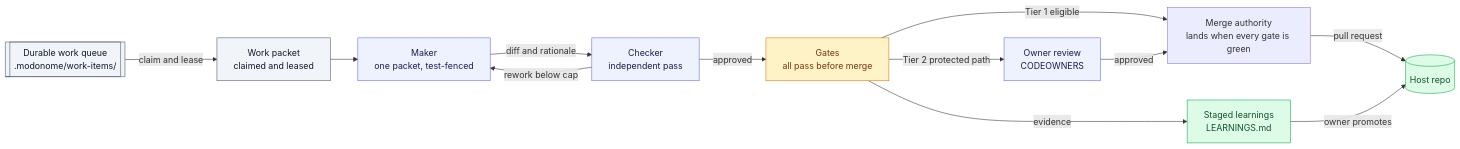
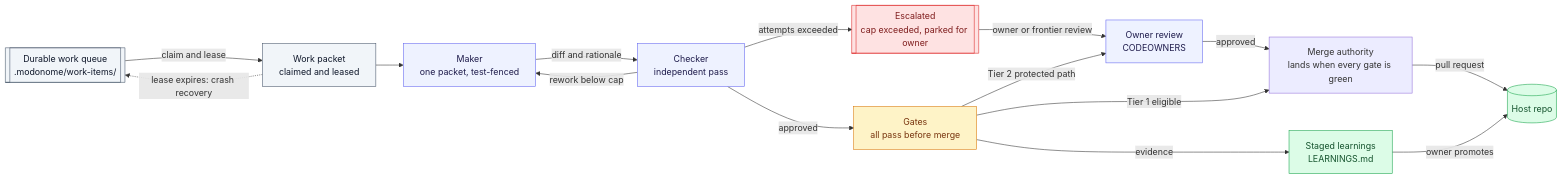
One commit to nateshpp/modonome changed the second of 6 diagrams in ARCHITECTURE.md. Above: the diagram before and after it, drawn with Mermaid. The commit also changed other lines of this file and 21 other files, not shown here.

````diff
--- a/ARCHITECTURE.md
+++ b/ARCHITECTURE.md
@@ -122,34 +135,40 @@
 ```mermaid
 flowchart LR
   classDef queue fill:#f1f5f9,stroke:#475569,color:#0f172a;
   classDef role fill:#eef2ff,stroke:#6366f1,color:#1e1b4b;
   classDef gate fill:#fef3c7,stroke:#d97706,color:#78350f;
   classDef sink fill:#dcfce7,stroke:#16a34a,color:#14532d;
+  classDef stop fill:#fee2e2,stroke:#dc2626,color:#7f1d1d;
 
   queue[["Durable work queue<br/>.modonome/work-items/"]]
   packet["Work packet<br/>claimed and leased"]
   maker["Maker<br/>one packet, test-fenced"]
   checker["Checker<br/>independent pass"]
   gates["Gates<br/>all pass before merge"]
   owner["Owner review<br/>CODEOWNERS"]
   merge["Merge authority<br/>lands when every gate is green"]
   repo[("Host repo")]
   learn["Staged learnings<br/>LEARNINGS.md"]
+  escalated[["Escalated<br/>cap exceeded, parked for owner"]]
 
   queue -->|claim and lease| packet
   packet --> maker
+  packet -.->|lease expires: crash recovery| queue
   maker -->|diff and rationale| checker
   checker -->|rework below cap| maker
+  checker -->|attempts exceeded| escalated
   checker -->|approved| gates
   gates -->|Tier 2 protected path| owner
   gates -->|Tier 1 eligible| merge
   owner -->|approved| merge
+  escalated -->|owner or frontier review| owner
   merge -->|pull request| repo
   gates -->|evidence| learn
   learn -->|owner promotes| repo
 
   class queue,packet queue
   class maker,checker,owner role
   class gates gate
   class repo,learn sink
+  class escalated stop
 ```
````
